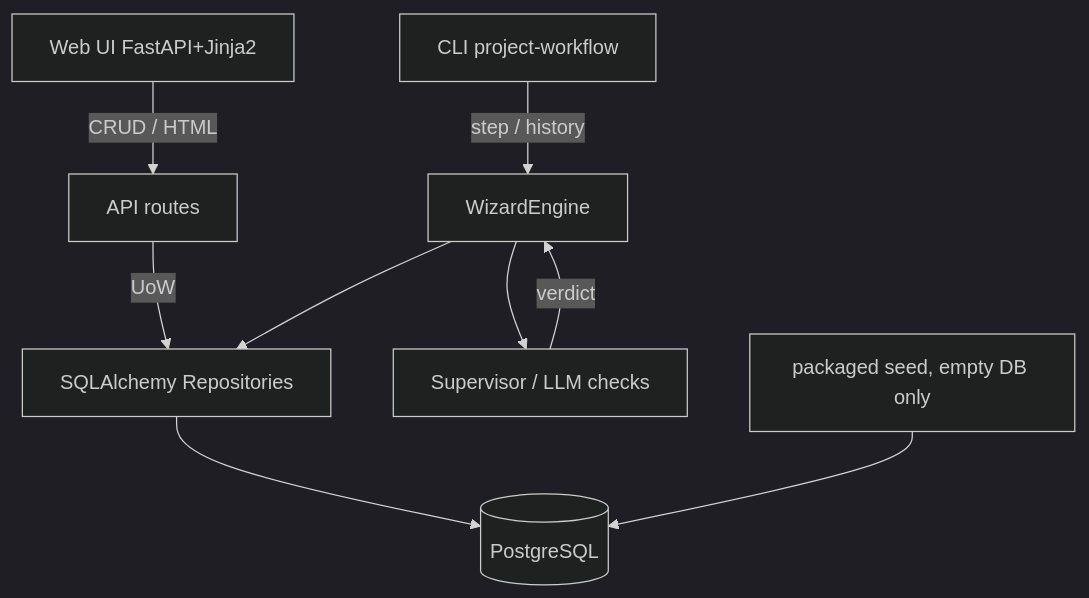
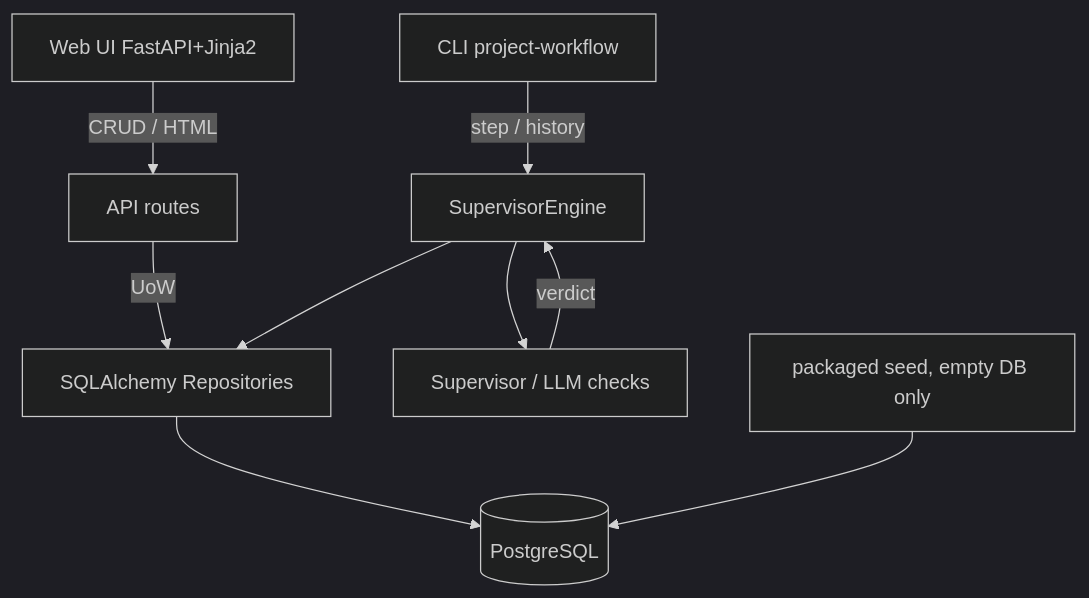
One commit to FerrPOINT/project-workflow changed the diagram in README.md. Above: the diagram before and after it, drawn with Mermaid (dark theme). The commit also changed other lines of this file and 64 other files, not shown here.

Commit message:
feat: rename Wizard to Supervisor and add GitLab executor contract

````diff
--- a/README.md
+++ b/README.md
@@ -156,11 +152,11 @@
 ```mermaid
 flowchart TD
-    CLI[CLI project-workflow] -->|step / history| WE[WizardEngine]
+    CLI[CLI project-workflow] -->|step / history| WE[SupervisorEngine]
     UI[Web UI FastAPI+Jinja2] -->|CRUD / HTML| API[API routes]
     API -->|UoW| Repo[SQLAlchemy Repositories]
     WE --> Repo
     Repo --> DB[(PostgreSQL)]
     WE --> SV[Supervisor / LLM checks]
     SV -->|verdict| WE
     Seed[packaged seed, empty DB only] --> DB
 ```
````
